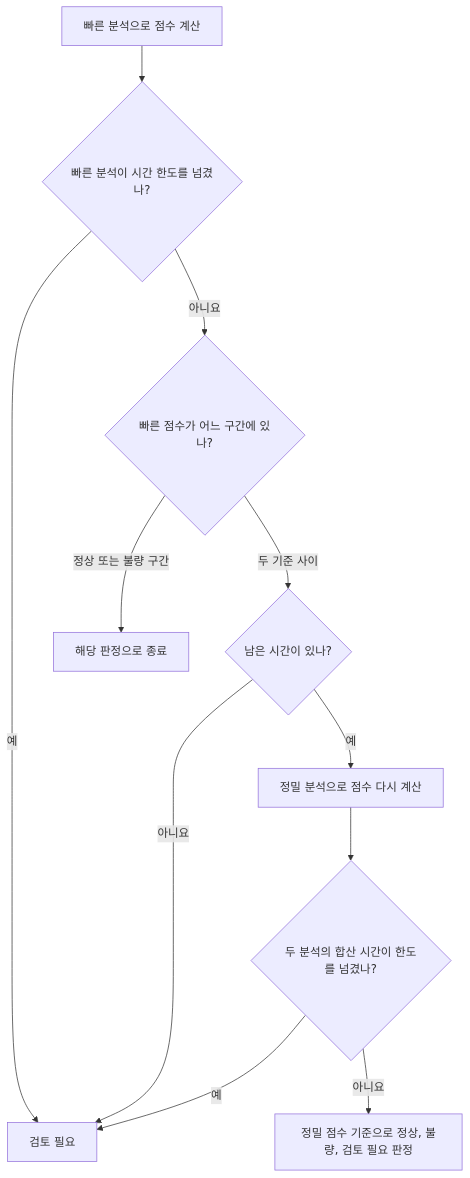
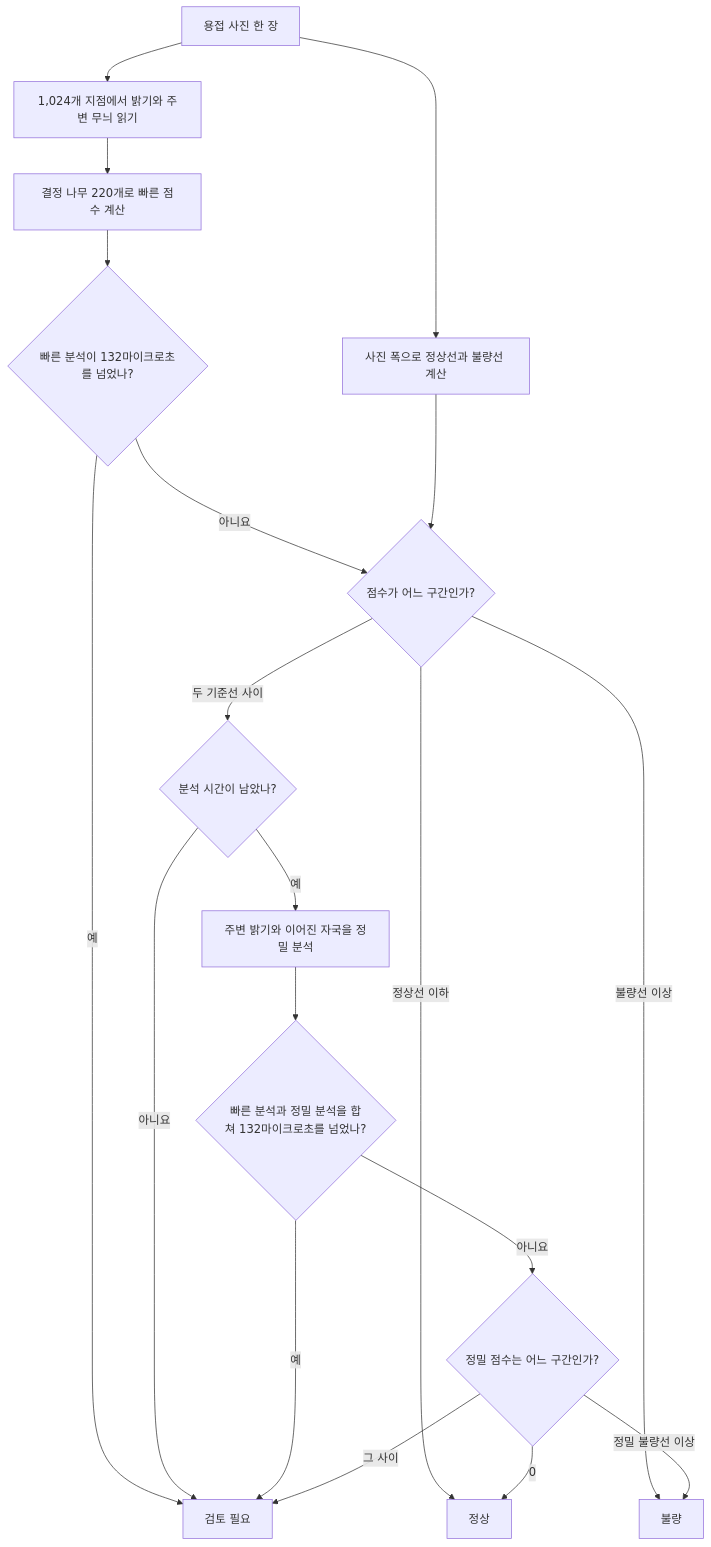
Before and after one commit to hsjni0110/weld-scope: the first of 2 diagrams in docs/portfolio/README.md, drawn with Mermaid. The commit also changed other lines of this file, not shown here.

````diff
--- a/docs/portfolio/README.md
+++ b/docs/portfolio/README.md
@@ -41,13 +99,21 @@
 ```mermaid
 flowchart TD
-    fast["빠른 분석으로 점수 계산"] --> fast_time{"빠른 분석이 시간 한도를 넘겼나?"}
-    fast_time -->|예| review["검토 필요"]
-    fast_time -->|아니요| fast_score{"빠른 점수가 어느 구간에 있나?"}
-    fast_score -->|정상 또는 불량 구간| fast_result["해당 판정으로 종료"]
-    fast_score -->|두 기준 사이| remaining{"남은 시간이 있나?"}
-    remaining -->|아니요| review
-    remaining -->|예| precise["정밀 분석으로 점수 다시 계산"]
-    precise --> total_time{"두 분석의 합산 시간이 한도를 넘겼나?"}
-    total_time -->|예| review
-    total_time -->|아니요| precise_result["정밀 점수 기준으로 정상, 불량, 검토 필요 판정"]
+    photo["용접 사진 한 장"] --> samples["1,024개 지점에서 밝기와 주변 무늬 읽기"]
+    samples --> trees["결정 나무 220개로 빠른 점수 계산"]
+    photo --> width["사진 폭으로 정상선과 불량선 계산"]
+    trees --> time{"빠른 분석이 132마이크로초를 넘었나?"}
+    time -->|예| review["검토 필요"]
+    time -->|아니요| score{"점수가 어느 구간인가?"}
+    width --> score
+    score -->|정상선 이하| pass["정상"]
+    score -->|불량선 이상| fail["불량"]
+    score -->|두 기준선 사이| left{"분석 시간이 남았나?"}
+    left -->|아니요| review
+    left -->|예| precise["주변 밝기와 이어진 자국을 정밀 분석"]
+    precise --> total{"빠른 분석과 정밀 분석을 합쳐 132마이크로초를 넘었나?"}
+    total -->|예| review
+    total -->|아니요| decision{"정밀 점수는 어느 구간인가?"}
+    decision -->|0| pass
+    decision -->|정밀 불량선 이상| fail
+    decision -->|그 사이| review
 ```
````
